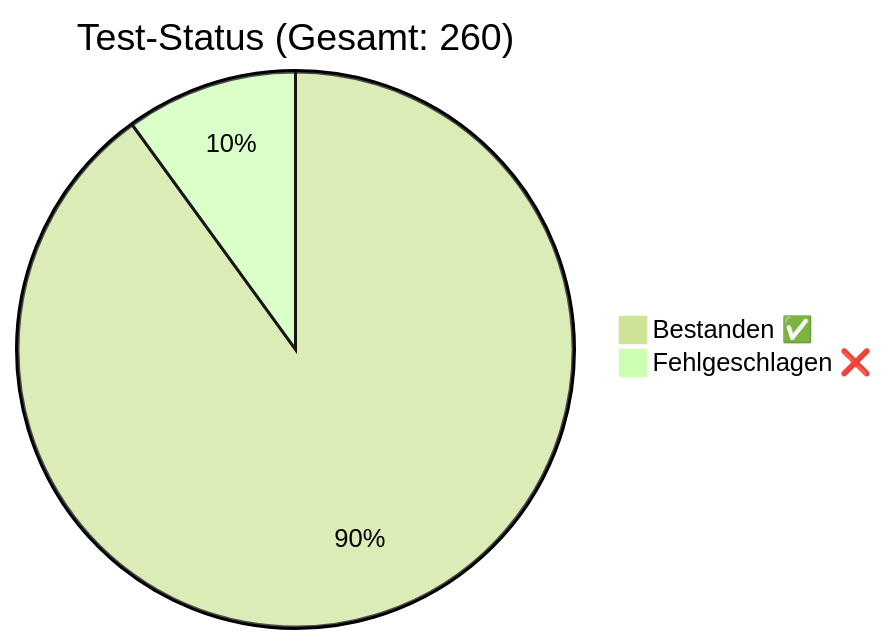
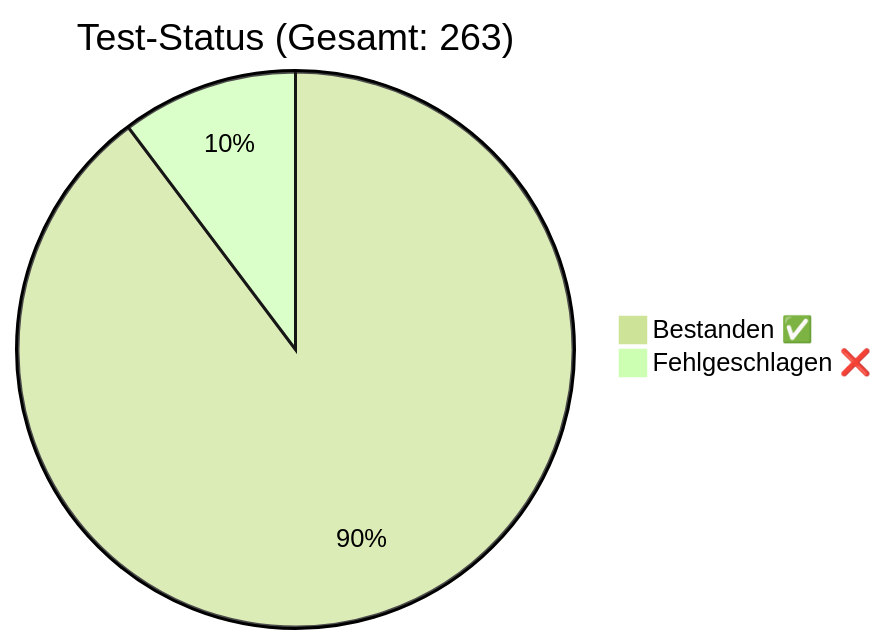
Before and after one commit to rorila/GCS: the diagram in docs/QA_Report.md, drawn with Mermaid (forest theme). The commit also changed other lines of this file and 18 other files, not shown here.

````diff
--- a/docs/QA_Report.md
+++ b/docs/QA_Report.md
@@ -8,5 +8,5 @@
 ```mermaid
-pie title Test-Status (Gesamt: 260)
-    "Bestanden ✅" : 234
-    "Fehlgeschlagen ❌" : 26
+pie title Test-Status (Gesamt: 263)
+    "Bestanden ✅" : 236
+    "Fehlgeschlagen ❌" : 27
 ```
````
